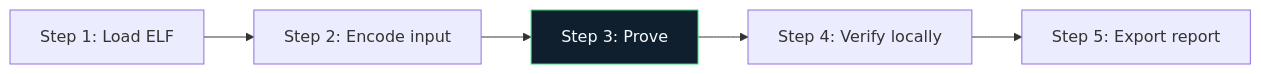
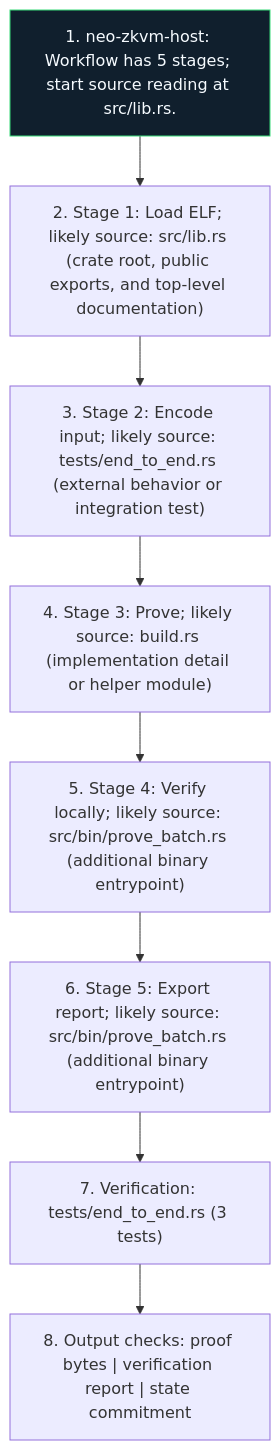
The diagram in bridge/neo-zkvm-host/docs/figures/workflow.mmd (r3e-network/neo-n4), drawn with Mermaid before and after one commit. The commit also changed 355 other files, not shown here.

Commit message:
Deepen crate diagrams with source-aware atlas

```diff
--- a/bridge/neo-zkvm-host/docs/figures/workflow.mmd
+++ b/bridge/neo-zkvm-host/docs/figures/workflow.mmd
@@ -1,12 +1,18 @@
-flowchart LR
-    N1["Step 1: Load ELF"]
-    N2["Step 2: Encode input"]
-    N3["Step 3: Prove"]
-    N4["Step 4: Verify locally"]
-    N5["Step 5: Export report"]
+flowchart TB
+    N1["1. neo-zkvm-host: Workflow has 5 stages; start source reading at src/lib.rs."]
+    N2["2. Stage 1: Load ELF; likely source: src/lib.rs (crate root, public exports, and top-level documentation)"]
+    N3["3. Stage 2: Encode input; likely source: tests/end_to_end.rs (external behavior or integration test)"]
+    N4["4. Stage 3: Prove; likely source: build.rs (implementation detail or helper module)"]
+    N5["5. Stage 4: Verify locally; likely source: src/bin/prove_batch.rs (additional binary entrypoint)"]
+    N6["6. Stage 5: Export report; likely source: src/bin/prove_batch.rs (additional binary entrypoint)"]
+    N7["7. Verification: tests/end_to_end.rs (3 tests)"]
+    N8["8. Output checks: proof bytes | verification report | state commitment"]
     N1 --> N2
     N2 --> N3
     N3 --> N4
     N4 --> N5
+    N5 --> N6
+    N6 --> N7
+    N7 --> N8
     classDef crate fill:#101f2d,stroke:#38d978,color:#f6fbff
-    class N3 crate
+    class N1 crate
```
